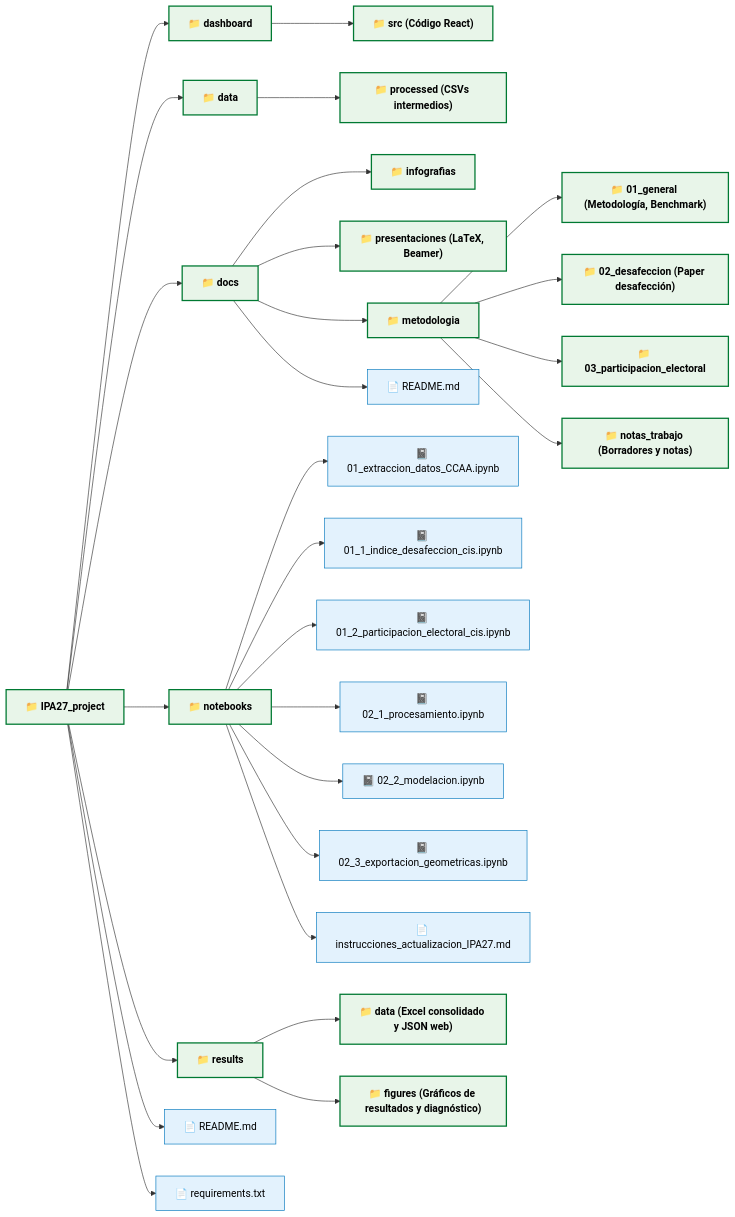
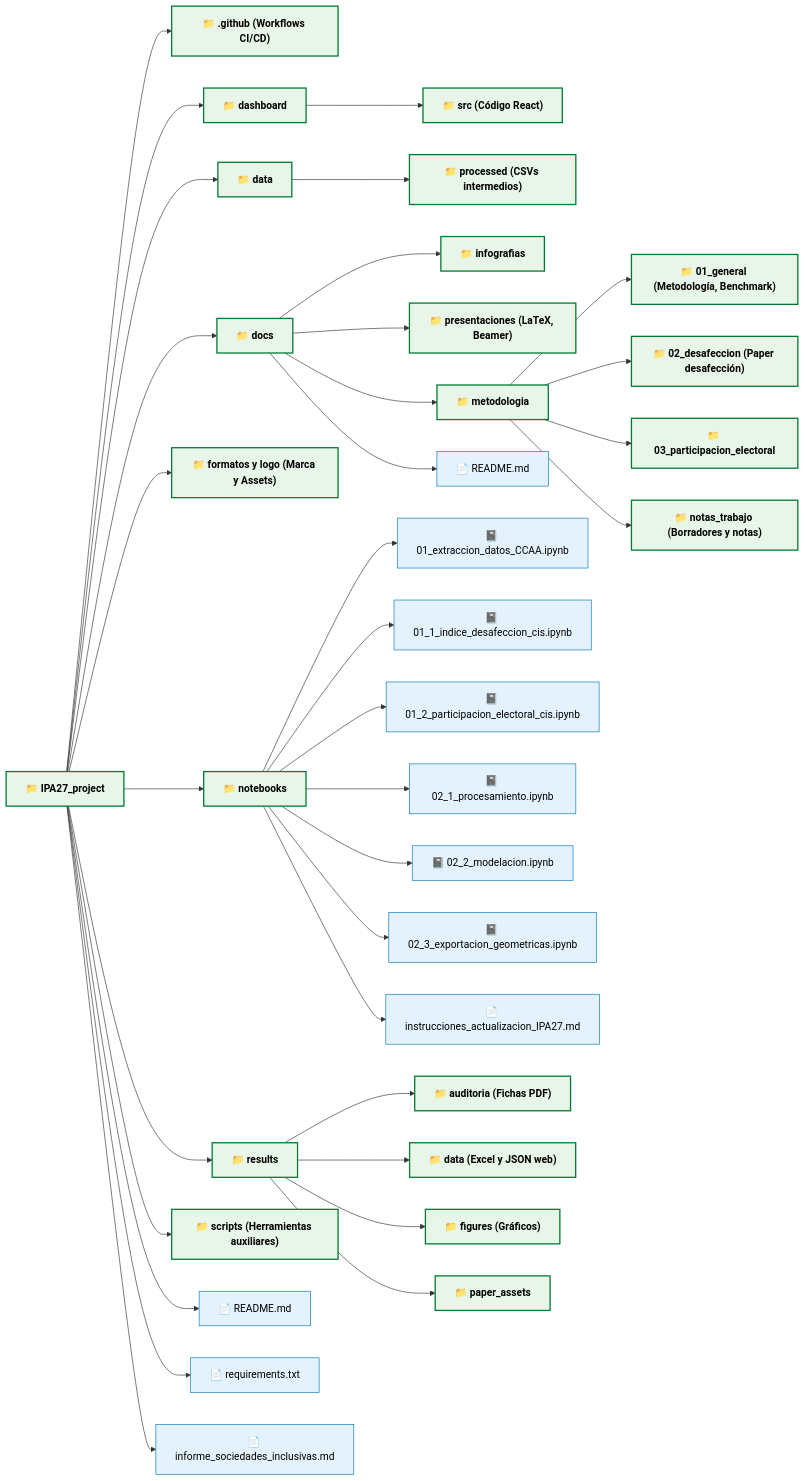
Before and after one commit to mhidper/IPA27_project: the diagram in README.md, drawn with Mermaid. The commit also changed other lines of this file, not shown here.

Commit message:
docs: update project structure in README with new folders, CI/CD workflows, and assets

````diff
--- a/README.md
+++ b/README.md
@@ -63,40 +70,47 @@
 ```mermaid
 graph LR
     classDef default fill:#f9f9f9,stroke:#333,stroke-width:1px,color:#000;
     classDef folder fill:#e8f5e9,stroke:#007932,stroke-width:2px,font-weight:bold,color:#000;
     classDef file fill:#e3f2fd,stroke:#0277bd,stroke-width:1px,color:#000;
     
     Root["📁 IPA27_project"]:::folder
     
+    Root --> GitHub["📁 .github (Workflows CI/CD)"]:::folder
     Root --> Dash["📁 dashboard"]:::folder
     Dash --> DashSrc["📁 src (Código React)"]:::folder
     
     Root --> Data["📁 data"]:::folder
     Data --> DataProc["📁 processed (CSVs intermedios)"]:::folder
     
     Root --> Docs["📁 docs"]:::folder
     Docs --> DocsInfo["📁 infografias"]:::folder
     Docs --> DocsPres["📁 presentaciones (LaTeX, Beamer)"]:::folder
     Docs --> DocsMet["📁 metodologia"]:::folder
     DocsMet --> DocsMetGen["📁 01_general (Metodología, Benchmark)"]:::folder
     DocsMet --> DocsMetDes["📁 02_desafeccion (Paper desafección)"]:::folder
     DocsMet --> DocsMetEle["📁 03_participacion_electoral"]:::folder
     DocsMet --> DocsMetNot["📁 notas_trabajo (Borradores y notas)"]:::folder
     Docs --> DocsReadme["📄 README.md"]:::file
     
+    Root --> Format["📁 formatos y logo (Marca y Assets)"]:::folder
+    
     Root --> Notebooks["📁 notebooks"]:::folder
     Notebooks --> NbExt["📓 01_extraccion_datos_CCAA.ipynb"]:::file
     Notebooks --> NbDes["📓 01_1_indice_desafeccion_cis.ipynb"]:::file
     Notebooks --> NbPar["📓 01_2_participacion_electoral_cis.ipynb"]:::file
     Notebooks --> NbP1["📓 02_1_procesamiento.ipynb"]:::file
     Notebooks --> NbP2["📓 02_2_modelacion.ipynb"]:::file
     Notebooks --> NbP3["📓 02_3_exportacion_geometricas.ipynb"]:::file
     Notebooks --> NbInst["📄 instrucciones_actualizacion_IPA27.md"]:::file
     
     Root --> Results["📁 results"]:::folder
-    Results --> ResData["📁 data (Excel consolidado y JSON web)"]:::folder
-    Results --> ResFigs["📁 figures (Gráficos de resultados y diagnóstico)"]:::folder
+    Results --> ResAud["📁 auditoria (Fichas PDF)"]:::folder
+    Results --> ResData["📁 data (Excel y JSON web)"]:::folder
+    Results --> ResFigs["📁 figures (Gráficos)"]:::folder
+    Results --> ResPap["📁 paper_assets"]:::folder
     
+    Root --> Scripts["📁 scripts (Herramientas auxiliares)"]:::folder
     Root --> RootReadme["📄 README.md"]:::file
     Root --> Req["📄 requirements.txt"]:::file
+    Root --> InfSoc["📄 informe_sociedades_inclusivas.md"]:::file
 ```
````
